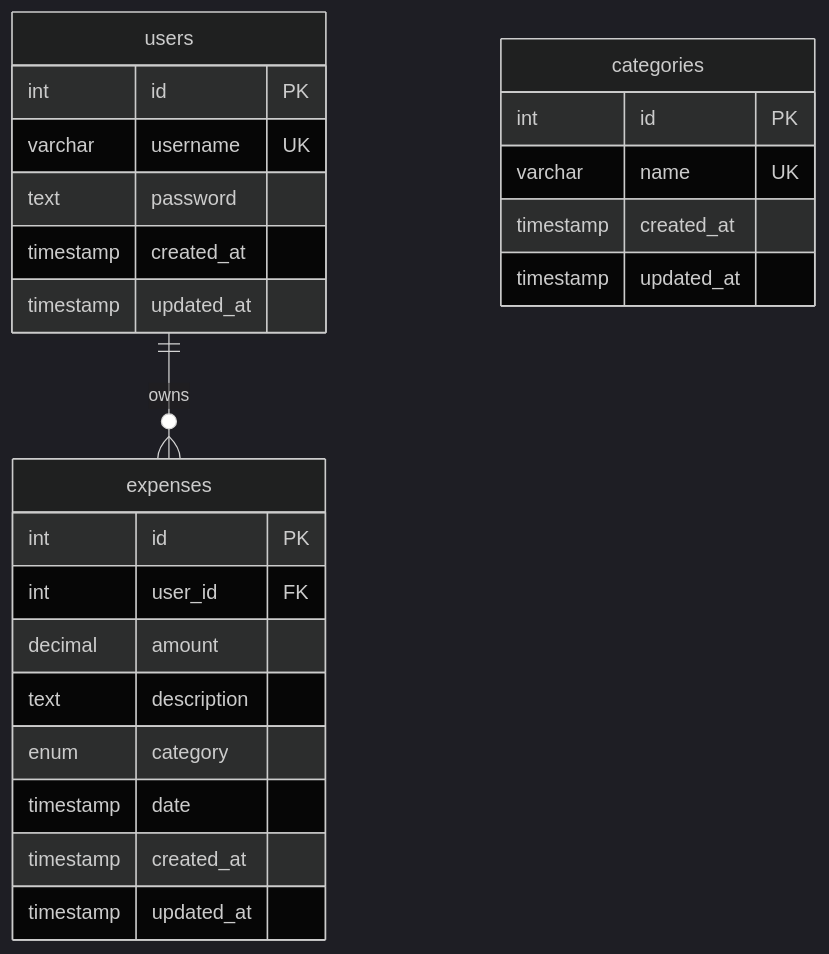
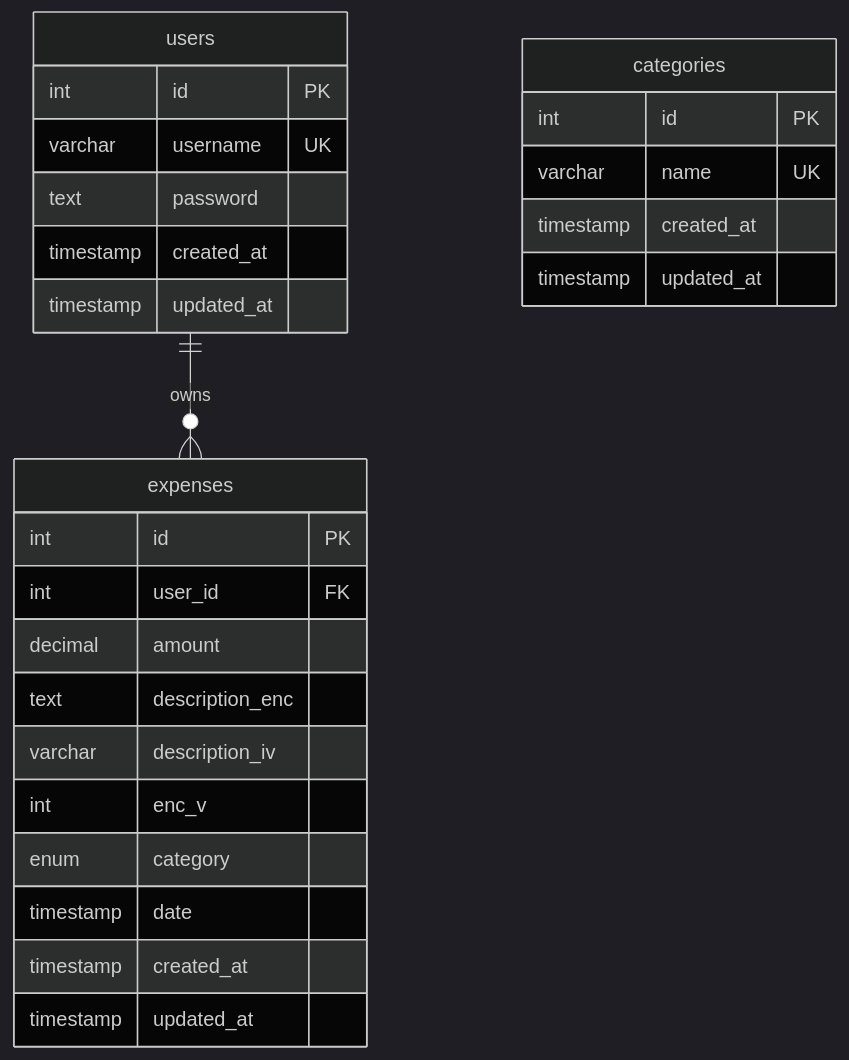
One commit to ShamindaKanchana/Expense_tracker changed the diagram in docs/database.md. Above: the diagram before and after it, drawn with Mermaid (dark theme). The commit also changed other lines of this file and 11 other files, not shown here.

````diff
--- a/docs/database.md
+++ b/docs/database.md
@@ -14,30 +14,32 @@
 ```mermaid
 erDiagram
     users ||--o{ expenses : "owns"
 
     users {
         int id PK
         varchar username UK
         text password
         timestamp created_at
         timestamp updated_at
     }
 
     expenses {
         int id PK
         int user_id FK
         decimal amount
-        text description
+        text description_enc
+        varchar description_iv
+        int enc_v
         enum category
         timestamp date
         timestamp created_at
         timestamp updated_at
     }
 
     categories {
         int id PK
         varchar name UK
         timestamp created_at
         timestamp updated_at
     }
 ```
````
